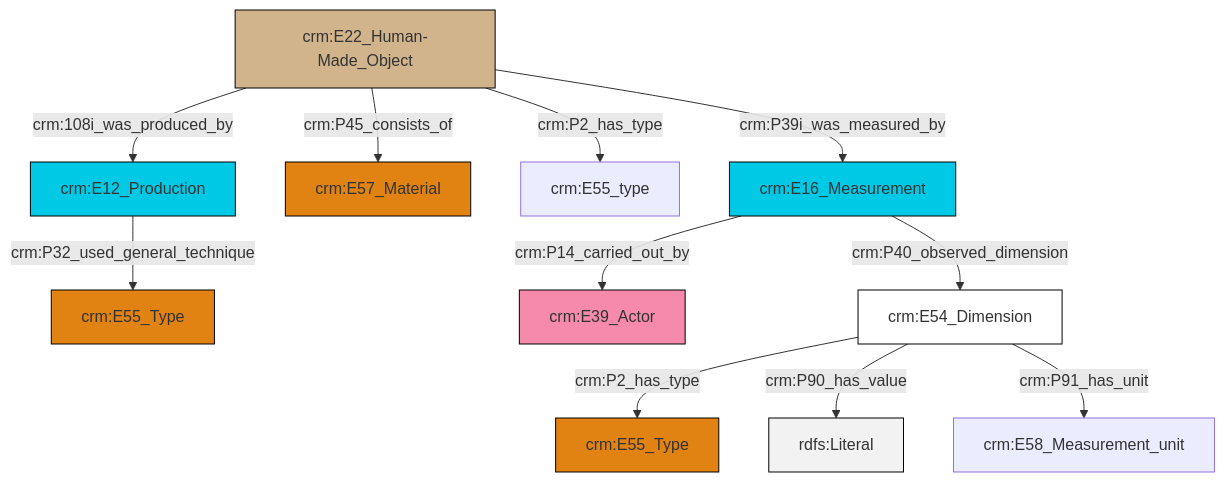
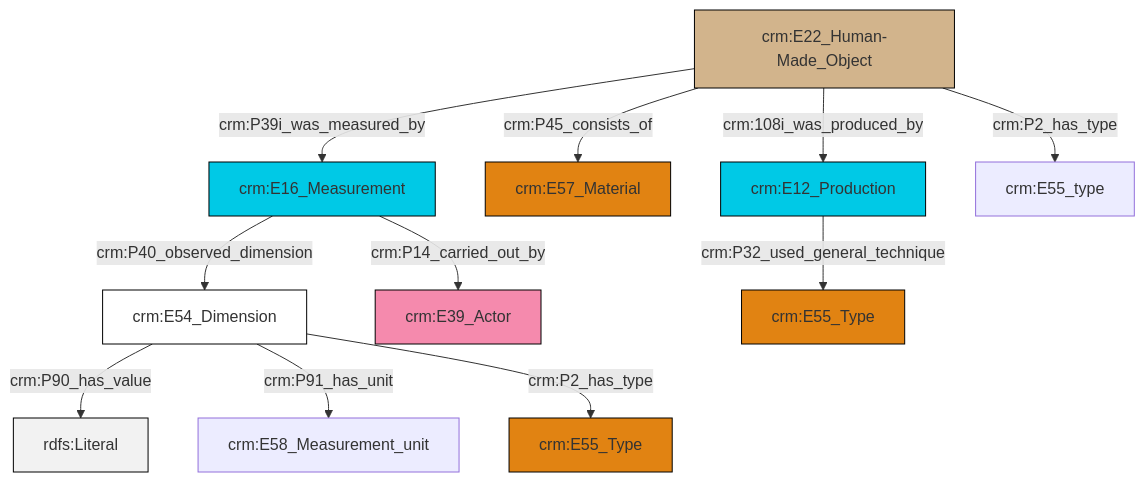
The diagram in et/builtWorkCSV/ttl/mmd/Built_Work_substance.ttl.mmd (ncarboni/srdm), drawn with Mermaid before and after one commit. The commit also changed 395 other files, not shown here.

```diff
--- a/et/builtWorkCSV/ttl/mmd/Built_Work_substance.ttl.mmd
+++ b/et/builtWorkCSV/ttl/mmd/Built_Work_substance.ttl.mmd
@@ -1,25 +1,25 @@
 graph TD
 classDef Literal fill:#f2f2f2,stroke:#000000;
 classDef CRM_Entity fill:#FFFFFF,stroke:#000000;
 classDef Temporal_Entity fill:#00C9E6, stroke:#000000;
 classDef Type fill:#E18312, stroke:#000000;
 classDef Time-Span fill:#2C9C91, stroke:#000000;
 classDef Appellation fill:#FFEB7F, stroke:#000000;
 classDef Place fill:#008836, stroke:#000000;
 classDef Persistent_Item fill:#B266B2, stroke:#000000;
 classDef Conceptual_Object fill:#FFD700, stroke:#000000;
 classDef Physical_Thing fill:#D2B48C, stroke:#000000;
 classDef Actor fill:#f58aad, stroke:#000000;
 classDef PC_Classes fill:#4ce600, stroke:#000000;
 classDef Multi fill:#cccccc,stroke:#000000;
 
-0["crm:E22_Human-Made_Object"]:::Physical_Thing -->|crm:108i_was_produced_by| 1["crm:E12_Production"]:::Temporal_Entity
-0["crm:E22_Human-Made_Object"]:::Physical_Thing -->|crm:P45_consists_of| 4["crm:E57_Material"]:::Type
-5["crm:E54_Dimension"]:::CRM_Entity -->|crm:P2_has_type| 6["crm:E55_Type"]:::Type
-5["crm:E54_Dimension"]:::CRM_Entity -->|crm:P90_has_value| 7[rdfs:Literal]:::Literal
-1["crm:E12_Production"]:::Temporal_Entity -->|crm:P32_used_general_technique| 12["crm:E55_Type"]:::Type
-9["crm:E16_Measurement"]:::Temporal_Entity -->|crm:P14_carried_out_by| 14["crm:E39_Actor"]:::Actor
-0["crm:E22_Human-Made_Object"]:::Physical_Thing -->|crm:P2_has_type| 18["crm:E55_type"]:::Default
-0["crm:E22_Human-Made_Object"]:::Physical_Thing -->|crm:P39i_was_measured_by| 9["crm:E16_Measurement"]:::Temporal_Entity
-9["crm:E16_Measurement"]:::Temporal_Entity -->|crm:P40_observed_dimension| 5["crm:E54_Dimension"]:::CRM_Entity
-5["crm:E54_Dimension"]:::CRM_Entity -->|crm:P91_has_unit| 2["crm:E58_Measurement_unit"]:::Default
+0["crm:E54_Dimension"]:::CRM_Entity -->|crm:P90_has_value| 1[rdfs:Literal]:::Literal
+0["crm:E54_Dimension"]:::CRM_Entity -->|crm:P91_has_unit| 6["crm:E58_Measurement_unit"]:::Default
+0["crm:E54_Dimension"]:::CRM_Entity -->|crm:P2_has_type| 2["crm:E55_Type"]:::Type
+9["crm:E22_Human-Made_Object"]:::Physical_Thing -->|crm:P45_consists_of| 10["crm:E57_Material"]:::Type
+4["crm:E16_Measurement"]:::Temporal_Entity -->|crm:P14_carried_out_by| 11["crm:E39_Actor"]:::Actor
+12["crm:E12_Production"]:::Temporal_Entity -->|crm:P32_used_general_technique| 13["crm:E55_Type"]:::Type
+9["crm:E22_Human-Made_Object"]:::Physical_Thing -->|crm:P2_has_type| 14["crm:E55_type"]:::Default
+9["crm:E22_Human-Made_Object"]:::Physical_Thing -->|crm:108i_was_produced_by| 12["crm:E12_Production"]:::Temporal_Entity
+9["crm:E22_Human-Made_Object"]:::Physical_Thing -->|crm:P39i_was_measured_by| 4["crm:E16_Measurement"]:::Temporal_Entity
+4["crm:E16_Measurement"]:::Temporal_Entity -->|crm:P40_observed_dimension| 0["crm:E54_Dimension"]:::CRM_Entity
```
